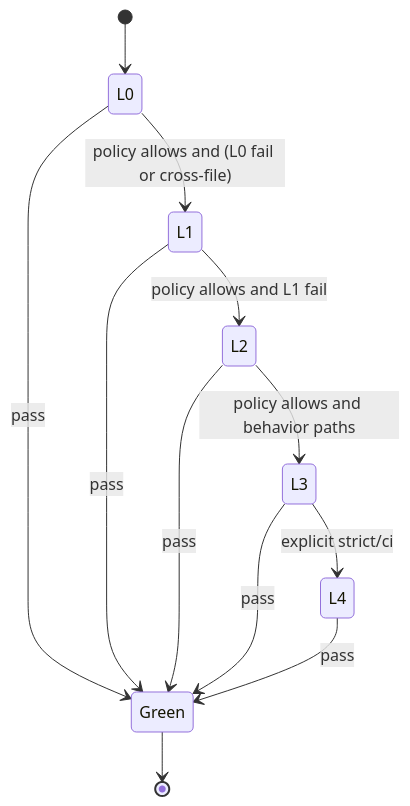
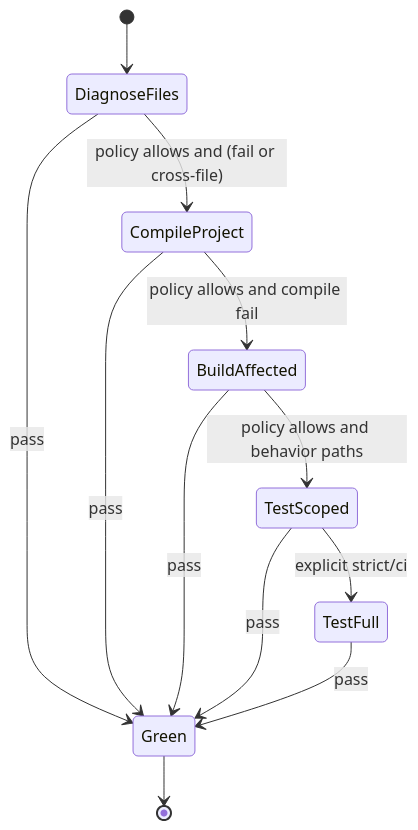
Before and after one commit to AI-Guiders/cascade-ide: the second of 2 diagrams in docs/adr/0148-agent-execution-environment-verification-ladder-and-native-tooling.md, drawn with Mermaid. The commit also changed other lines of this file and 13 other files, not shown here.

````diff
--- a/docs/adr/0148-agent-execution-environment-verification-ladder-and-native-tooling.md
+++ b/docs/adr/0148-agent-execution-environment-verification-ladder-and-native-tooling.md
@@ -245,14 +259,14 @@
 ```mermaid
 stateDiagram-v2
-  [*] --> L0
-  L0 --> L1: policy allows and (L0 fail or cross-file)
-  L1 --> L2: policy allows and L1 fail
-  L2 --> L3: policy allows and behavior paths
-  L3 --> L4: explicit strict/ci
-  L0 --> Green: pass
-  L1 --> Green: pass
-  L2 --> Green: pass
-  L3 --> Green: pass
-  L4 --> Green: pass
+  [*] --> DiagnoseFiles
+  DiagnoseFiles --> CompileProject: policy allows and (fail or cross-file)
+  CompileProject --> BuildAffected: policy allows and compile fail
+  BuildAffected --> TestScoped: policy allows and behavior paths
+  TestScoped --> TestFull: explicit strict/ci
+  DiagnoseFiles --> Green: pass
+  CompileProject --> Green: pass
+  BuildAffected --> Green: pass
+  TestScoped --> Green: pass
+  TestFull --> Green: pass
   Green --> [*]
 ```
````
